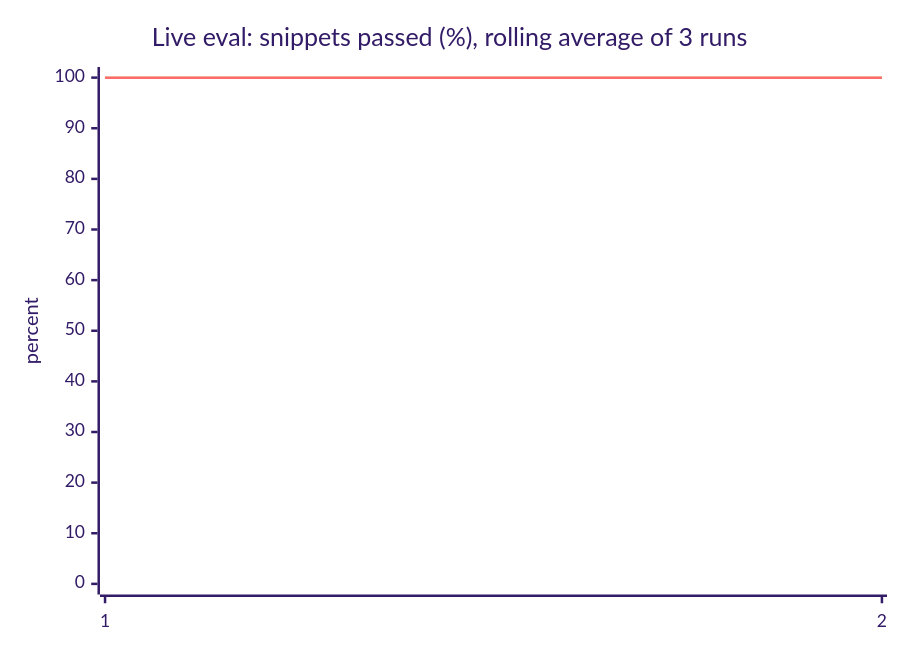
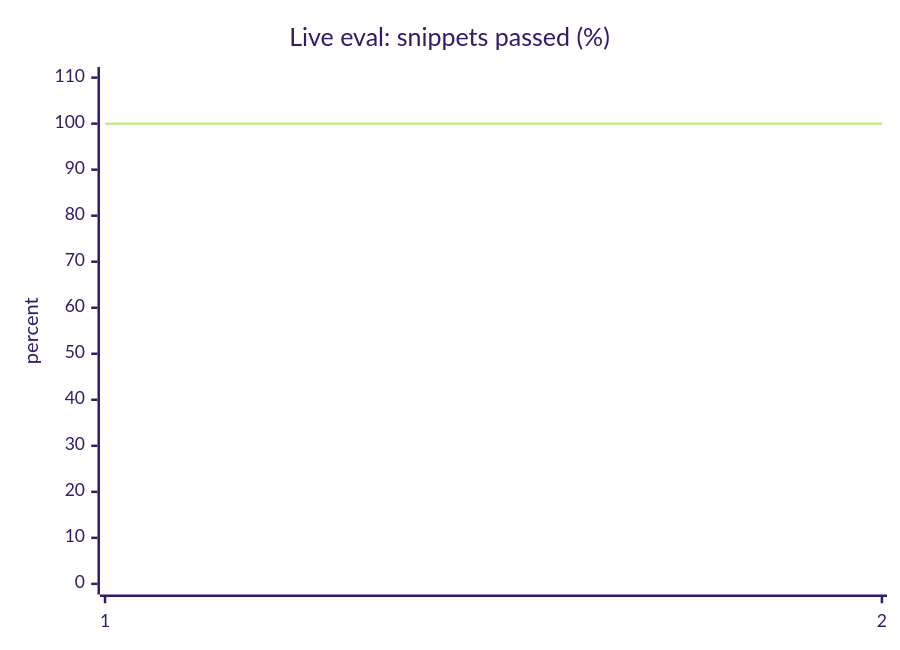
The diagram in docs/eval-history.md (subhiandrews/codecheck), drawn with Mermaid (forest theme) before and after one commit. The commit also changed other lines of this file and 2 other files, not shown here.

First line of the commit message:
fix: make the eval history charts visible with few runs (#46)

````diff
--- a/docs/eval-history.md
+++ b/docs/eval-history.md
@@ -12,8 +13,7 @@
 ```mermaid
 xychart-beta
-    title "Live eval: snippets passed (%), rolling average of 3 runs"
+    title "Live eval: snippets passed (%)"
     x-axis [1, 2]
-    y-axis "percent" 0 --> 100
-    line [100, 100]
+    y-axis "percent" 0 --> 110
     line [100, 100]
 ```
````
